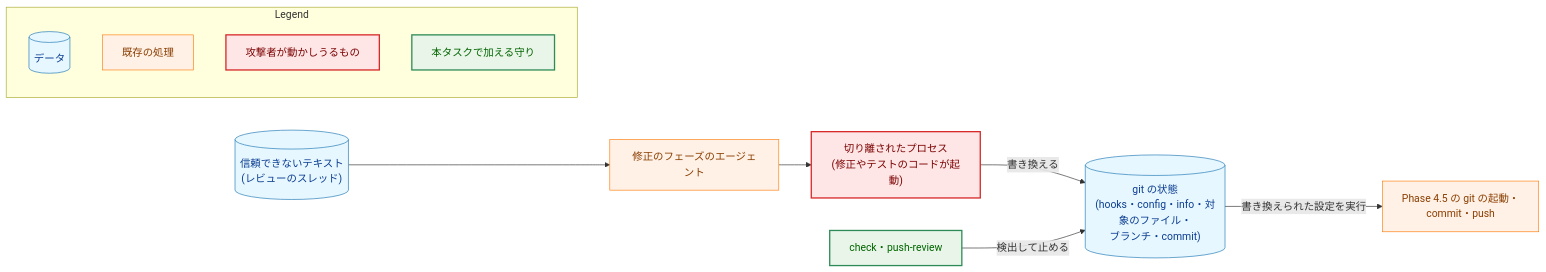
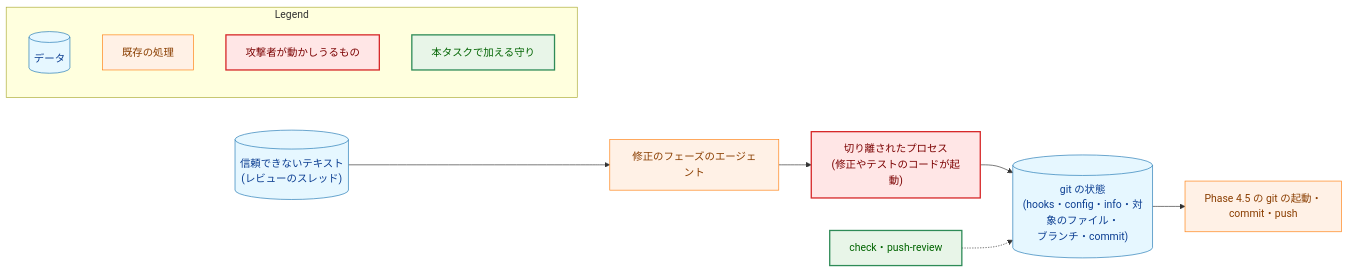
The fourth of 5 diagrams in docs/tasks/0076_fixpr_local_review_guard/02_architecture.md (isseis/yt2column), drawn with Mermaid before and after one commit. The commit also changed other lines of this file and 2 other files, not shown here.

First line of the commit message:
docs(0076): address the architecture review and polish the prose

````diff
--- a/docs/tasks/0076_fixpr_local_review_guard/02_architecture.md
+++ b/docs/tasks/0076_fixpr_local_review_guard/02_architecture.md
@@ -405,36 +447,36 @@
 ```mermaid
 flowchart LR
     classDef data fill:#e6f7ff,stroke:#1f77b4,stroke-width:1px,color:#0b3d91;
     classDef process fill:#fff1e6,stroke:#ff7f0e,stroke-width:1px,color:#8a3e00;
     classDef enhanced fill:#e8f5e8,stroke:#2e8b57,stroke-width:2px,color:#006400;
     classDef problem fill:#ffe6e6,stroke:#d62728,stroke-width:2px,color:#7b0000;
 
     THREAD[("信頼できないテキスト<br>(レビューのスレッド)")]
     FIX["修正のフェーズのエージェント"]
     DETACHED["切り離されたプロセス<br>(修正やテストのコードが起動)"]
     STATE[("git の状態<br>(hooks・config・info・対象のファイル・<br>ブランチ・commit)")]
     CHECK["check・push-review"]
     GITRUN["Phase 4.5 の git の起動・<br>commit・push"]
 
     THREAD --> FIX
     FIX --> DETACHED
-    DETACHED -->|"書き換える"| STATE
-    CHECK -->|"検出して止める"| STATE
-    STATE -->|"書き換えられた設定を実行"| GITRUN
+    DETACHED --> STATE
+    STATE --> GITRUN
+    CHECK -.-> STATE
 
     class THREAD,STATE data
     class FIX,GITRUN process
     class DETACHED problem
     class CHECK enhanced
 
     subgraph Legend["Legend"]
         L1[("データ")]
         L2["既存の処理"]
         L3["攻撃者が動かしうるもの"]
         L4["本タスクで加える守り"]
     end
     class L1 data
     class L2 process
     class L3 problem
     class L4 enhanced
 ```
````
